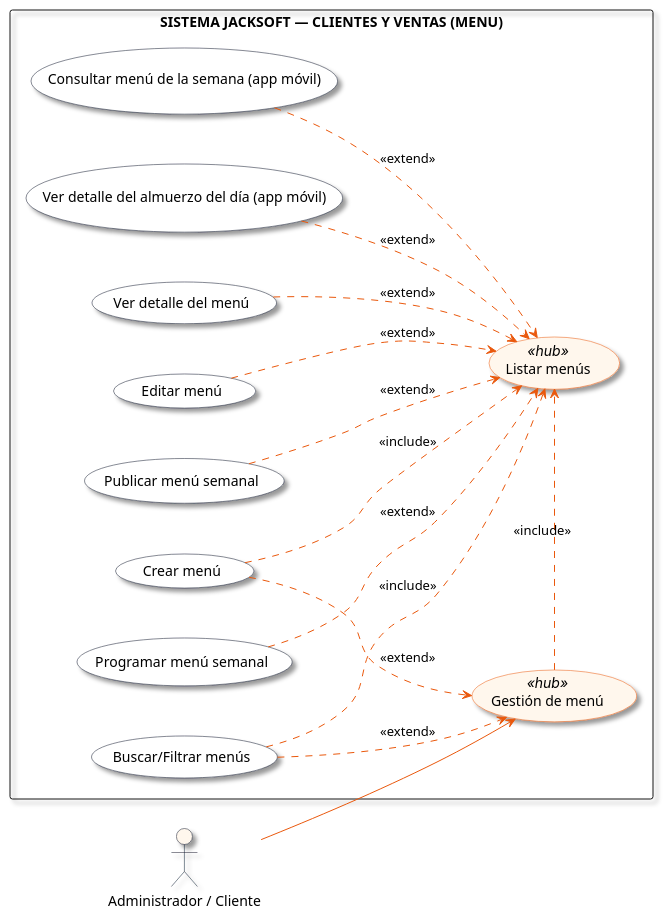
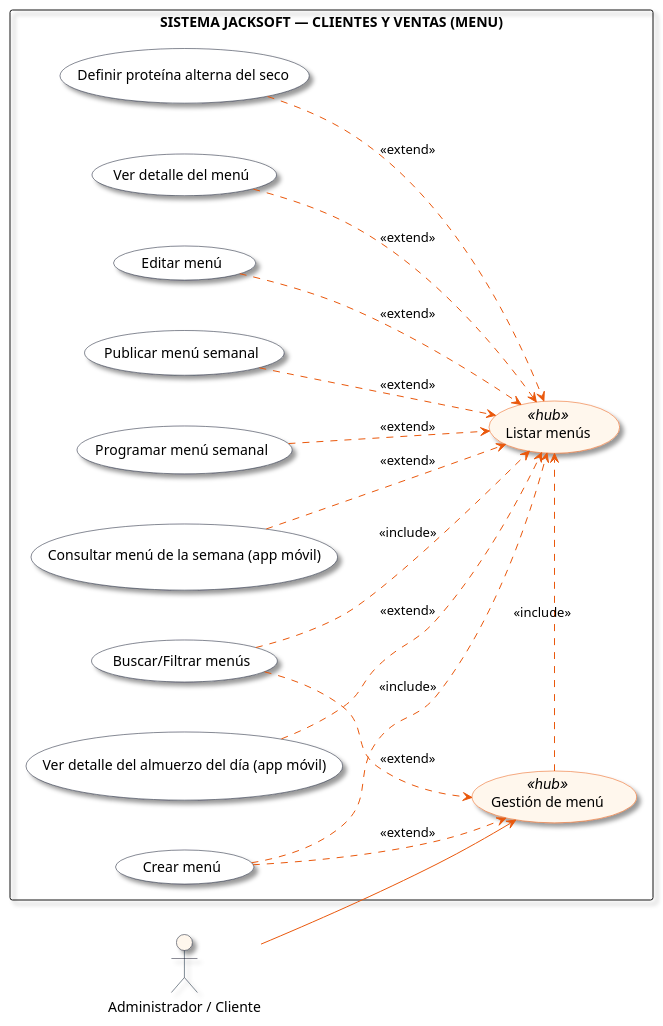
Before and after one commit to alejandrogomezmesa1/Documentacion_JackSoft: the diagram in Diagramas_PUML/MENU.puml, drawn with PlantUML. The commit also changed 55 other files, not shown here.

```diff
--- a/Diagramas_PUML/MENU.puml
+++ b/Diagramas_PUML/MENU.puml
@@ -1,52 +1,54 @@
 @startuml
 left to right direction
 skinparam packageStyle rectangle
 skinparam nodesep 50
 skinparam ranksep 70
 skinparam shadowing true
 skinparam defaultFontName "Inter, Arial, sans-serif"
 
 skinparam actor {
   BorderColor #0f172a
   BackgroundColor #fff7ed
 }
 
 skinparam usecase {
   BackgroundColor #ffffff
   BorderColor #0f172a
   ArrowColor #ea580c
 }
 
 skinparam usecase<<hub>> {
   BackgroundColor #fff7ed
   BorderColor #ea580c
 }
 
 actor "Administrador / Cliente" as actor_user
 
 rectangle "SISTEMA JACKSOFT — CLIENTES Y VENTAS (MENU)" {
   usecase "Gestión de menú" as UC_Hub <<hub>>
   usecase "Listar menús" as UC_Central <<hub>>
   usecase "Crear menú" as UC_Top1
   usecase "Buscar/Filtrar menús" as UC_Bot1
   usecase "Ver detalle del menú" as UC_R1
   usecase "Editar menú" as UC_R2
   usecase "Publicar menú semanal" as UC_R3
   usecase "Programar menú semanal" as UC_R4
   usecase "Consultar menú de la semana (app móvil)" as UC_R5
   usecase "Ver detalle del almuerzo del día (app móvil)" as UC_R6
+  usecase "Definir proteína alterna del seco" as UC_R7
 }
 
 actor_user --> UC_Hub
 UC_Hub .> UC_Central : <<include>>
 UC_Top1 ..> UC_Hub : <<extend>>
 UC_Top1 .> UC_Central : <<include>>
 UC_Bot1 ..> UC_Hub : <<extend>>
 UC_Bot1 .> UC_Central : <<include>>
 UC_R1 ..> UC_Central : <<extend>>
 UC_R2 ..> UC_Central : <<extend>>
 UC_R3 ..> UC_Central : <<extend>>
 UC_R4 ..> UC_Central : <<extend>>
 UC_R5 ..> UC_Central : <<extend>>
 UC_R6 ..> UC_Central : <<extend>>
+UC_R7 ..> UC_Central : <<extend>>
 @enduml
```
